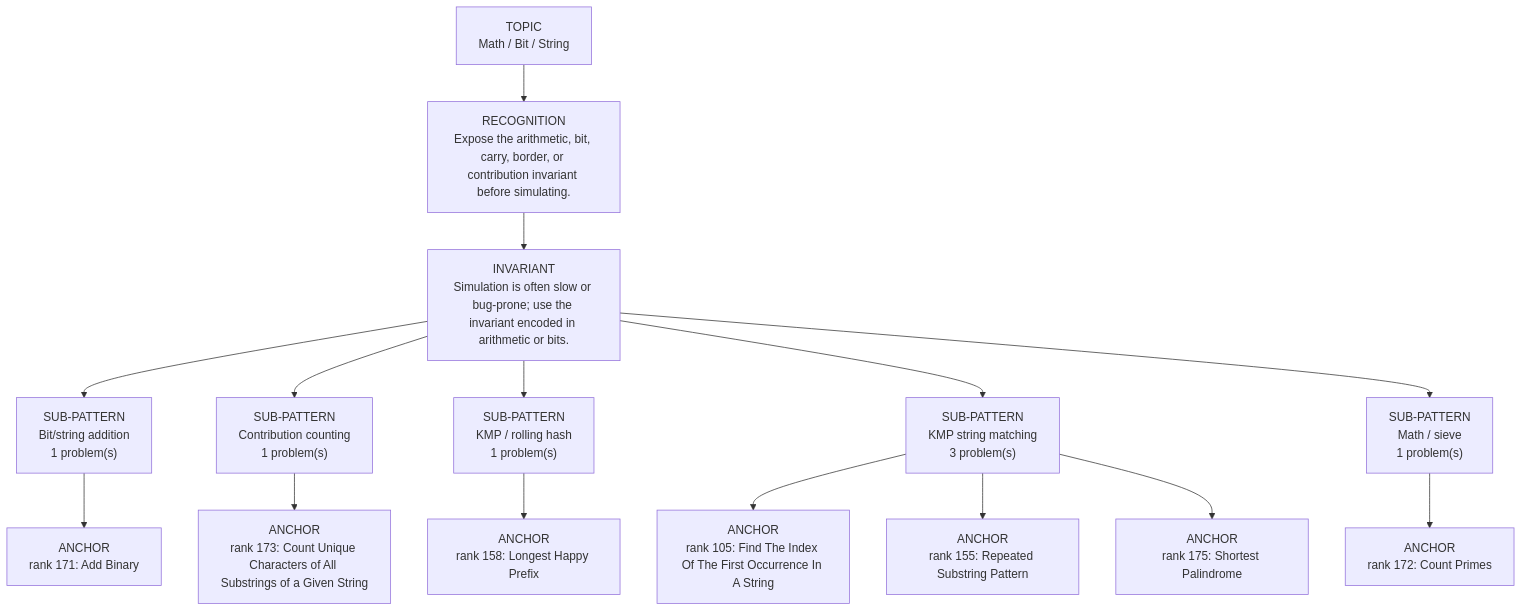
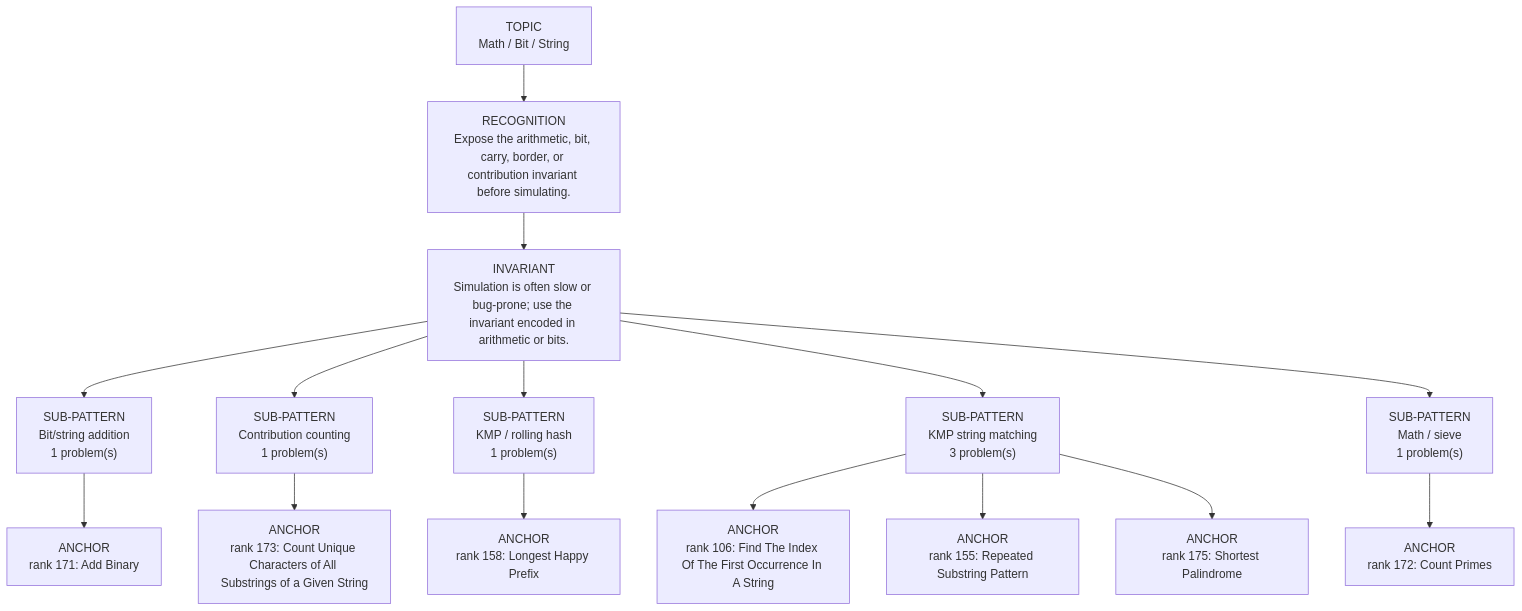
The diagram in dsa-review/interview/patterns/20_math_bit_string.md (thechiranjeevjain/DSA10days), drawn with Mermaid before and after one commit. The commit also changed other lines of this file and 51 other files, not shown here.

````diff
--- a/dsa-review/interview/patterns/20_math_bit_string.md
+++ b/dsa-review/interview/patterns/20_math_bit_string.md
@@ -15,19 +15,19 @@
 ```mermaid
 flowchart TD
   Topic["TOPIC<br/>Math / Bit / String"]
   Recognition["RECOGNITION<br/>Expose the arithmetic, bit, carry, border, or contribution invariant before simulating."]
   Invariant["INVARIANT<br/>Simulation is often slow or bug-prone; use the invariant encoded in arithmetic or bits."]
   Topic --> Recognition --> Invariant
   Invariant --> Sub01["SUB-PATTERN<br/>Bit/string addition<br/>1 problem(s)"]
   Sub01 --> Sub01A01["ANCHOR<br/>rank 171: Add Binary"]
   Invariant --> Sub02["SUB-PATTERN<br/>Contribution counting<br/>1 problem(s)"]
   Sub02 --> Sub02A01["ANCHOR<br/>rank 173: Count Unique Characters of All Substrings of a Given String"]
   Invariant --> Sub03["SUB-PATTERN<br/>KMP / rolling hash<br/>1 problem(s)"]
   Sub03 --> Sub03A01["ANCHOR<br/>rank 158: Longest Happy Prefix"]
   Invariant --> Sub04["SUB-PATTERN<br/>KMP string matching<br/>3 problem(s)"]
-  Sub04 --> Sub04A01["ANCHOR<br/>rank 105: Find The Index Of The First Occurrence In A String"]
+  Sub04 --> Sub04A01["ANCHOR<br/>rank 106: Find The Index Of The First Occurrence In A String"]
   Sub04 --> Sub04A02["ANCHOR<br/>rank 155: Repeated Substring Pattern"]
   Sub04 --> Sub04A03["ANCHOR<br/>rank 175: Shortest Palindrome"]
   Invariant --> Sub05["SUB-PATTERN<br/>Math / sieve<br/>1 problem(s)"]
   Sub05 --> Sub05A01["ANCHOR<br/>rank 172: Count Primes"]
 ```
````
